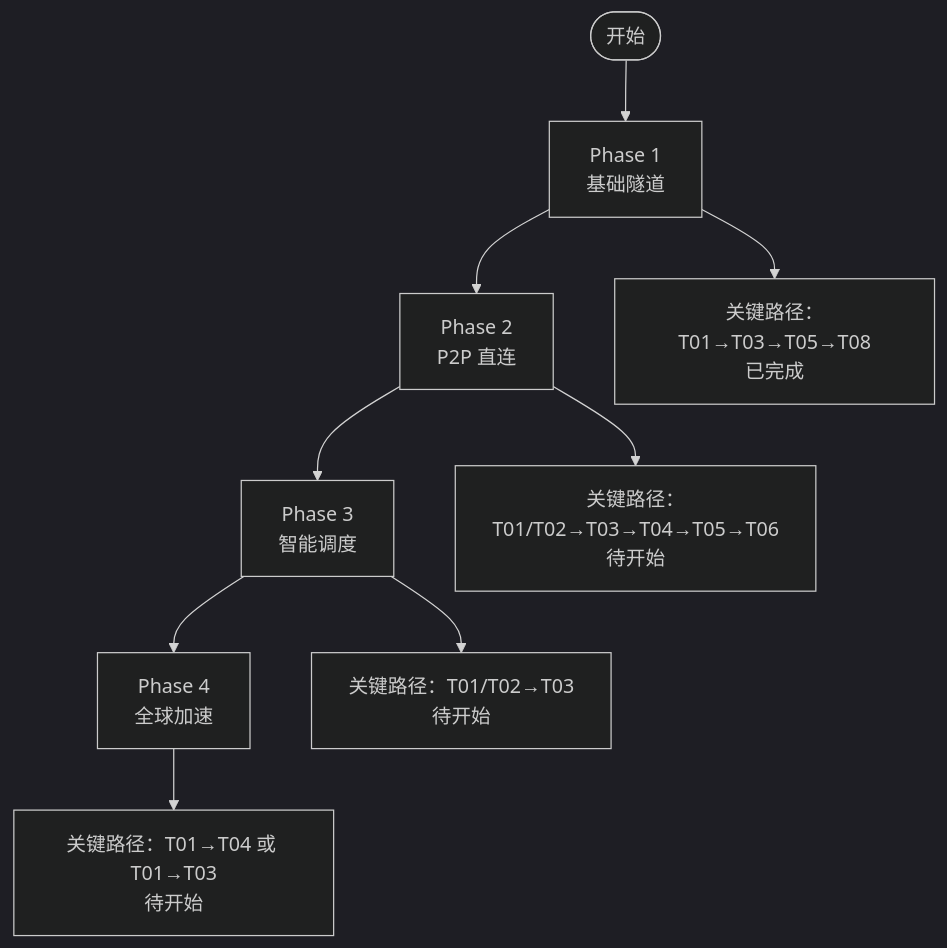
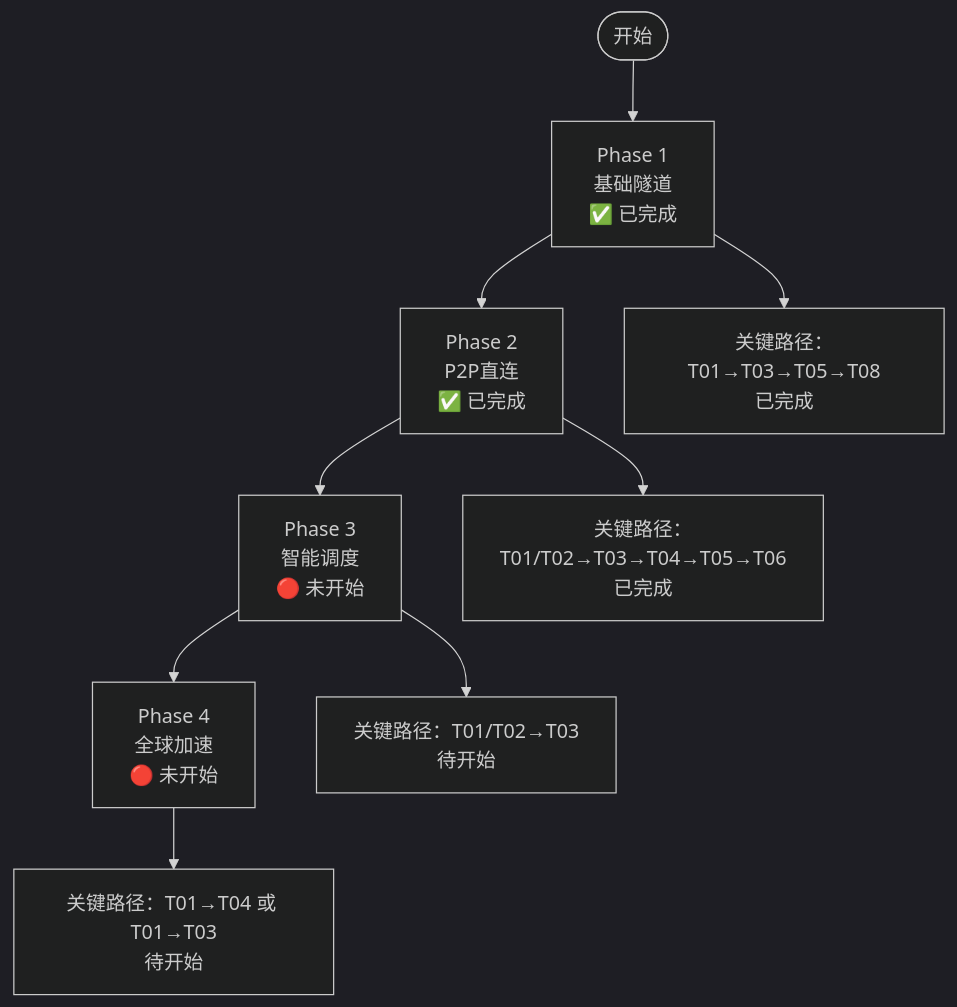
The third of 7 diagrams in .qoder/repowiki/zh/content/开发者指南/项目进度跟踪.md (itsharex/NexTunnel), drawn with Mermaid (dark theme) before and after one commit. The commit also changed other lines of this file and 6 other files, not shown here.

First line of the commit message:
docs(progress): 更新项目进度，标记 Phase 2 完成并完善相关文档和视图

````diff
--- a/.qoder/repowiki/zh/content/开发者指南/项目进度跟踪.md
+++ b/.qoder/repowiki/zh/content/开发者指南/项目进度跟踪.md
@@ -161,11 +202,11 @@
 ```mermaid
 flowchart TD
-Start(["开始"]) --> P1["Phase 1<br/>基础隧道"]
-P1 --> P2["Phase 2<br/>P2P 直连"]
-P2 --> P3["Phase 3<br/>智能调度"]
-P3 --> P4["Phase 4<br/>全球加速"]
+Start(["开始"]) --> P1["Phase 1<br/>基础隧道<br/>✅ 已完成"]
+P1 --> P2["Phase 2<br/>P2P直连<br/>✅ 已完成"]
+P2 --> P3["Phase 3<br/>智能调度<br/>🔴 未开始"]
+P3 --> P4["Phase 4<br/>全球加速<br/>🔴 未开始"]
 P1 --> Done1["关键路径：T01→T03→T05→T08<br/>已完成"]
-P2 --> Done2["关键路径：T01/T02→T03→T04→T05→T06<br/>待开始"]
+P2 --> Done2["关键路径：T01/T02→T03→T04→T05→T06<br/>已完成"]
 P3 --> Done3["关键路径：T01/T02→T03<br/>待开始"]
 P4 --> Done4["关键路径：T01→T04 或 T01→T03<br/>待开始"]
 ```
````
